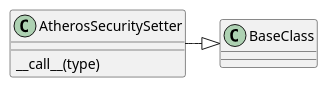
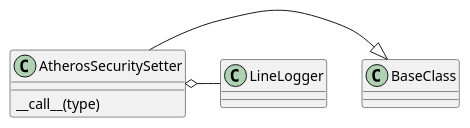
One commit to russell-n/apcommand changed the second of 7 diagrams in apcommand/accesspoints/atheros.rst. Above: the diagram before and after it, drawn with PlantUML. The commit also changed other lines of this file and 7 other files, not shown here.

```diff
--- a/apcommand/accesspoints/atheros.rst
+++ b/apcommand/accesspoints/atheros.rst
@@ -47,4 +47,5 @@
 .. uml::
 
    AtherosSecuritySetter -|> BaseClass
+   AtherosSecuritySetter o- LineLogger
    AtherosSecuritySetter : __call__(type)
```
